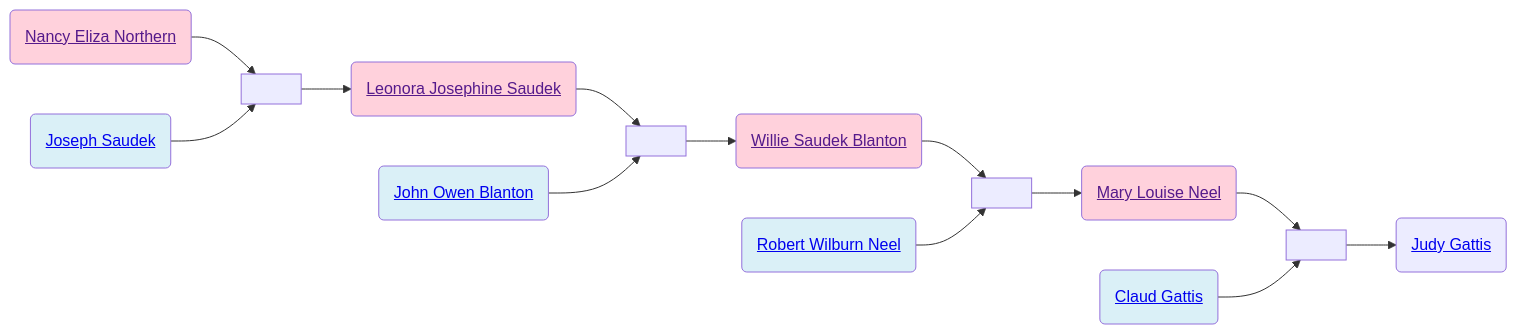
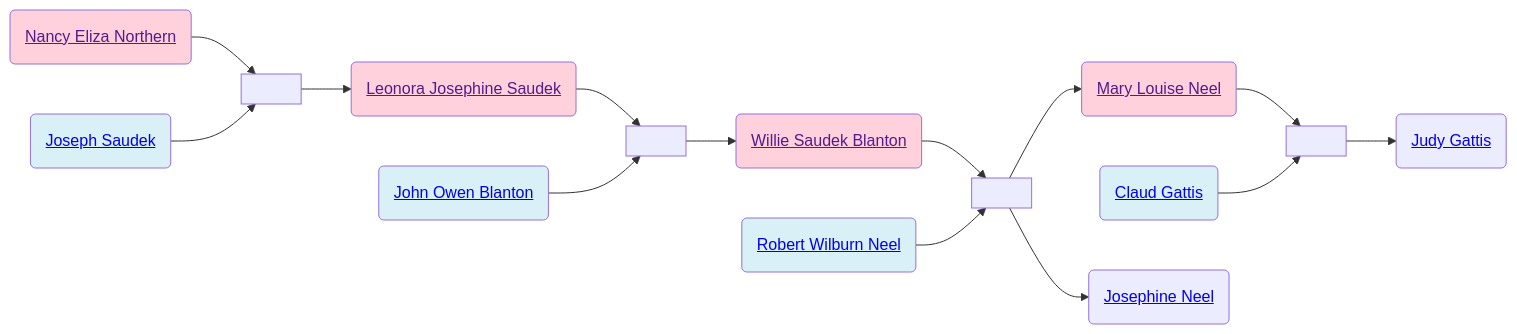
The diagram in familyhistory/sources/people/Neel-line/Blanton-line/Saudek-line/Northern-line/Nancy_Eliza_Northern.qmd (neelsmith/avocational), drawn with Mermaid before and after one commit. The commit also changed 42 other files, not shown here.

````diff
--- a/familyhistory/sources/people/Neel-line/Blanton-line/Saudek-line/Northern-line/Nancy_Eliza_Northern.qmd
+++ b/familyhistory/sources/people/Neel-line/Blanton-line/Saudek-line/Northern-line/Nancy_Eliza_Northern.qmd
@@ -26,32 +26,35 @@
 ```{mermaid}
 graph LR
 %% LR descendant diagram
 class Nancy_Eliza_Northern_and_Joseph_Saudek marriage
 Nancy_Eliza_Northern(<a href=''>Nancy Eliza Northern</>) --> Nancy_Eliza_Northern_and_Joseph_Saudek[ ]
 Joseph_Saudek(<a href='./../Joseph_Saudek.html'>Joseph Saudek</>) --> Nancy_Eliza_Northern_and_Joseph_Saudek(( ))
 class Joseph_Saudek father
 class Nancy_Eliza_Northern mother
 Nancy_Eliza_Northern_and_Joseph_Saudek[ ] --> Leonora_Josephine_Saudek(<a href='./../Leonora_Josephine_Saudek.html'>Leonora Josephine Saudek</>)
 class Leonora_Josephine_Saudek_and_John_Owen_Blanton marriage
 Leonora_Josephine_Saudek(<a href=''>Leonora Josephine Saudek</>) --> Leonora_Josephine_Saudek_and_John_Owen_Blanton[ ]
 John_Owen_Blanton(<a href='./../John_Owen_Blanton.html'>John Owen Blanton</>) --> Leonora_Josephine_Saudek_and_John_Owen_Blanton(( ))
 class John_Owen_Blanton father
 class Leonora_Josephine_Saudek mother
 Leonora_Josephine_Saudek_and_John_Owen_Blanton[ ] --> Willie_Saudek_Blanton(<a href='./../Willie_Saudek_Blanton.html'>Willie Saudek Blanton</>)
 class Willie_Saudek_Blanton_and_Robert_Wilburn_Neel marriage
 Willie_Saudek_Blanton(<a href=''>Willie Saudek Blanton</>) --> Willie_Saudek_Blanton_and_Robert_Wilburn_Neel[ ]
 Robert_Wilburn_Neel(<a href='./../Robert_Wilburn_Neel.html'>Robert Wilburn Neel</>) --> Willie_Saudek_Blanton_and_Robert_Wilburn_Neel(( ))
 class Robert_Wilburn_Neel father
 class Willie_Saudek_Blanton mother
 Willie_Saudek_Blanton_and_Robert_Wilburn_Neel[ ] --> Mary_Louise_Neel(<a href='./../Mary_Louise_Neel.html'>Mary Louise Neel</>)
 class Mary_Louise_Neel_and_Claud_Gattis marriage
 Mary_Louise_Neel(<a href=''>Mary Louise Neel</>) --> Mary_Louise_Neel_and_Claud_Gattis[ ]
 Claud_Gattis(<a href='./../Gattis-line/Claud_Gattis.html'>Claud Gattis</>) --> Mary_Louise_Neel_and_Claud_Gattis(( ))
 class Claud_Gattis father
 class Mary_Louise_Neel mother
 Mary_Louise_Neel_and_Claud_Gattis[ ] --> Judy_Gattis(<a href='./../Gattis-line/Judy_Gattis.html'>Judy Gattis</>)
+class Robert_Wilburn_Neel father
+class Willie_Saudek_Blanton mother
+Willie_Saudek_Blanton_and_Robert_Wilburn_Neel[ ] --> Josephine_Neel(<a href='./../Josephine_Neel.html'>Josephine Neel</>)
 classDef mother fill:#ffd1dc
 classDef father fill:#daf0f7  
 classDef marriage fill:#ffffff
 
 ```
````
